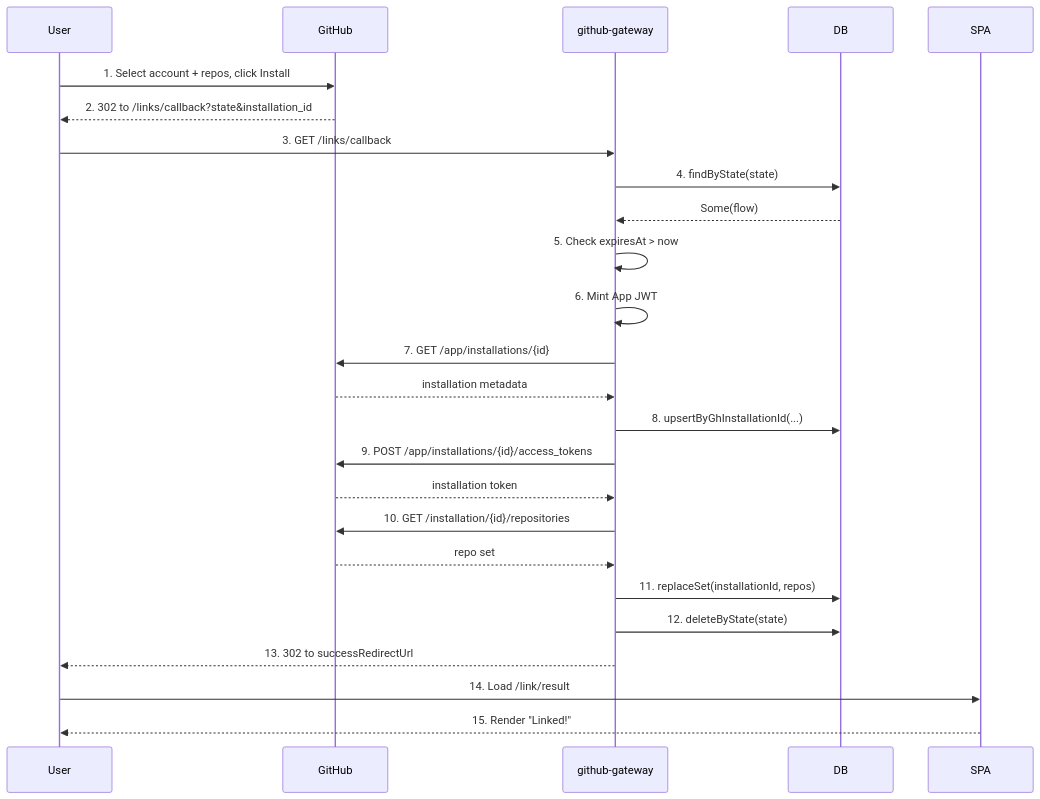
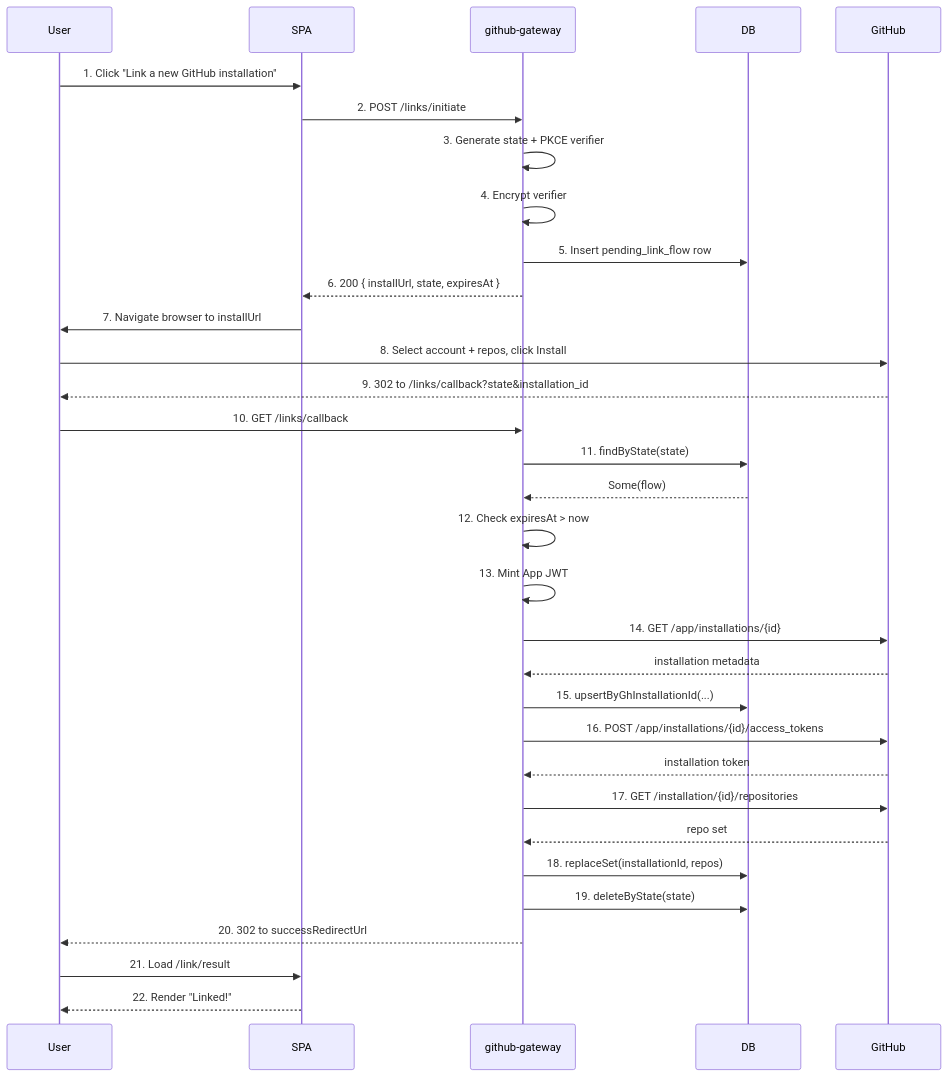
The first of 6 diagrams in provider-gateways/github-gateway/docs/flows/linking_flow.md (MattLangsenkamp/unbroken-chain), drawn with Mermaid before and after one commit. The commit also changed other lines of this file and 1 other file, not shown here.

````diff
--- a/provider-gateways/github-gateway/docs/flows/linking_flow.md
+++ b/provider-gateways/github-gateway/docs/flows/linking_flow.md
@@ -53,28 +25,35 @@
 ```mermaid
 sequenceDiagram
     participant U as User
-    participant GH as GitHub
+    participant SPA
     participant GW as github-gateway
     participant DB
-    participant SPA
+    participant GH as GitHub
 
-    U->>GH: 1. Select account + repos, click Install
-    GH-->>U: 2. 302 to /links/callback?state&installation_id
-    U->>GW: 3. GET /links/callback
-    GW->>DB: 4. findByState(state)
+    U->>SPA: 1. Click "Link a new GitHub installation"
+    SPA->>GW: 2. POST /links/initiate
+    GW->>GW: 3. Generate state + PKCE verifier
+    GW->>GW: 4. Encrypt verifier
+    GW->>DB: 5. Insert pending_link_flow row
+    GW-->>SPA: 6. 200 { installUrl, state, expiresAt }
+    SPA->>U: 7. Navigate browser to installUrl
+    U->>GH: 8. Select account + repos, click Install
+    GH-->>U: 9. 302 to /links/callback?state&installation_id
+    U->>GW: 10. GET /links/callback
+    GW->>DB: 11. findByState(state)
     DB-->>GW: Some(flow)
-    GW->>GW: 5. Check expiresAt > now
-    GW->>GW: 6. Mint App JWT
-    GW->>GH: 7. GET /app/installations/{id}
+    GW->>GW: 12. Check expiresAt > now
+    GW->>GW: 13. Mint App JWT
+    GW->>GH: 14. GET /app/installations/{id}
     GH-->>GW: installation metadata
-    GW->>DB: 8. upsertByGhInstallationId(...)
-    GW->>GH: 9. POST /app/installations/{id}/access_tokens
+    GW->>DB: 15. upsertByGhInstallationId(...)
+    GW->>GH: 16. POST /app/installations/{id}/access_tokens
     GH-->>GW: installation token
-    GW->>GH: 10. GET /installation/{id}/repositories
+    GW->>GH: 17. GET /installation/{id}/repositories
     GH-->>GW: repo set
-    GW->>DB: 11. replaceSet(installationId, repos)
-    GW->>DB: 12. deleteByState(state)
-    GW-->>U: 13. 302 to successRedirectUrl
-    U->>SPA: 14. Load /link/result
-    SPA-->>U: 15. Render "Linked!"
+    GW->>DB: 18. replaceSet(installationId, repos)
+    GW->>DB: 19. deleteByState(state)
+    GW-->>U: 20. 302 to successRedirectUrl
+    U->>SPA: 21. Load /link/result
+    SPA-->>U: 22. Render "Linked!"
 ```
````
